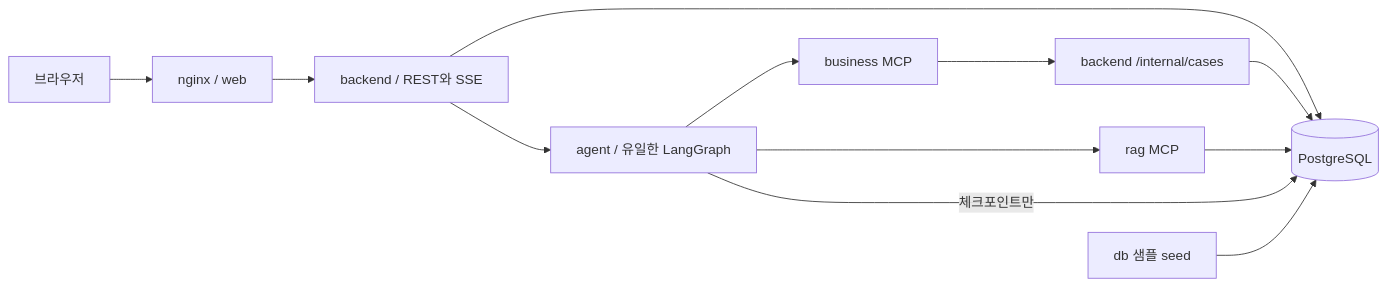
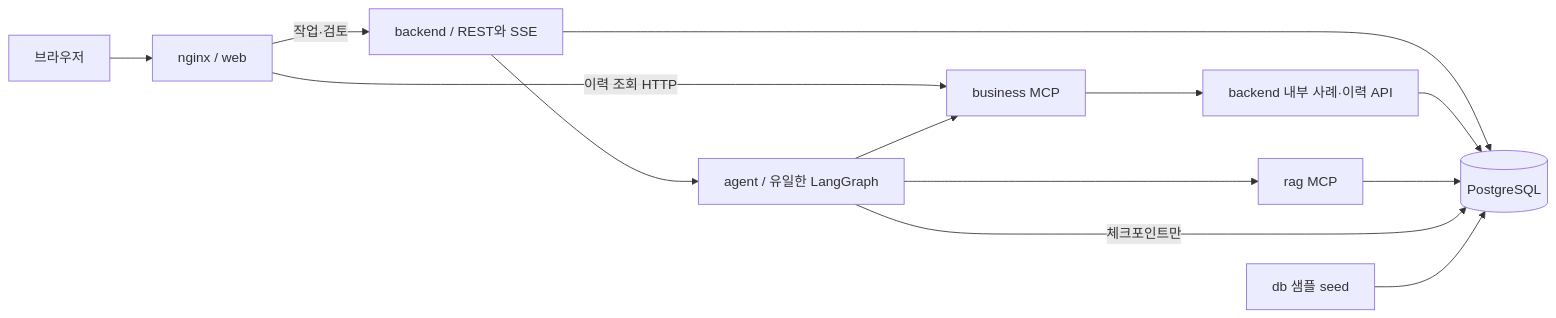
Before and after one commit to meotjin-girl/etch-trace: the diagram in docs/architecture.md, drawn with Mermaid. The commit also changed other lines of this file and 11 other files, not shown here.

````diff
--- a/docs/architecture.md
+++ b/docs/architecture.md
@@ -5,14 +5,15 @@
 ```mermaid
 flowchart LR
   UI[브라우저] --> W[nginx / web]
-  W --> B[backend / REST와 SSE]
+  W -- 작업·검토 --> B[backend / REST와 SSE]
+  W -- 이력 조회 HTTP --> BM
   B --> A[agent / 유일한 LangGraph]
   A --> BM[business MCP]
-  BM --> BI[backend /internal/cases]
+  BM --> BI[backend 내부 사례·이력 API]
   A --> RM[rag MCP]
   B --> PG[(PostgreSQL)]
   BI --> PG
   RM --> PG
   A -- 체크포인트만 --> PG
   SEED[db 샘플 seed] --> PG
 ```
````
